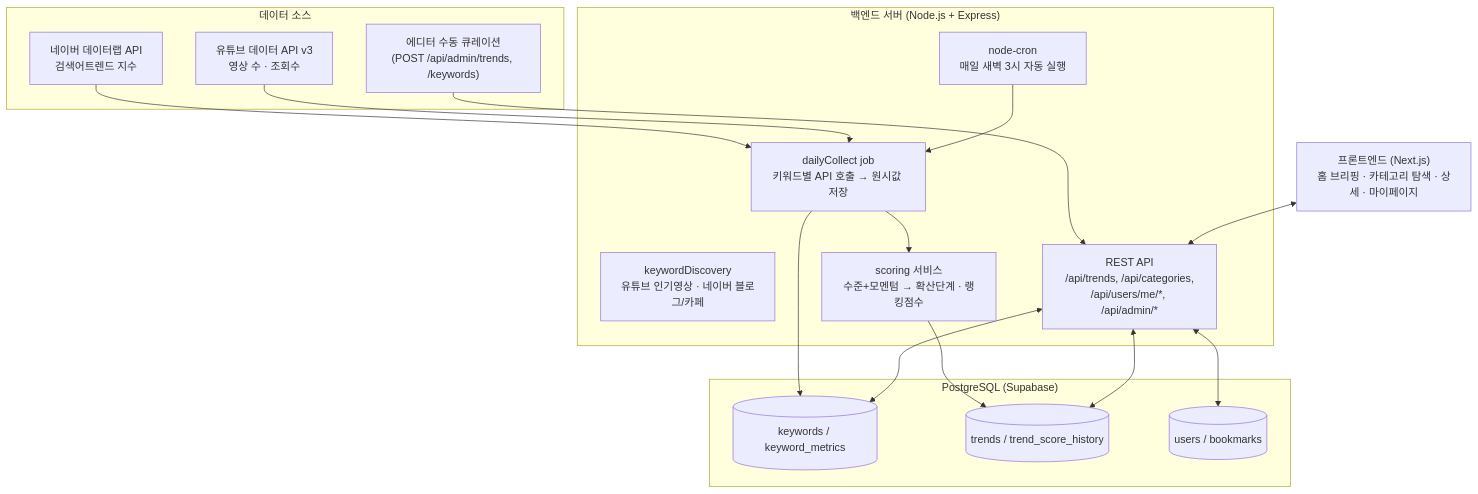
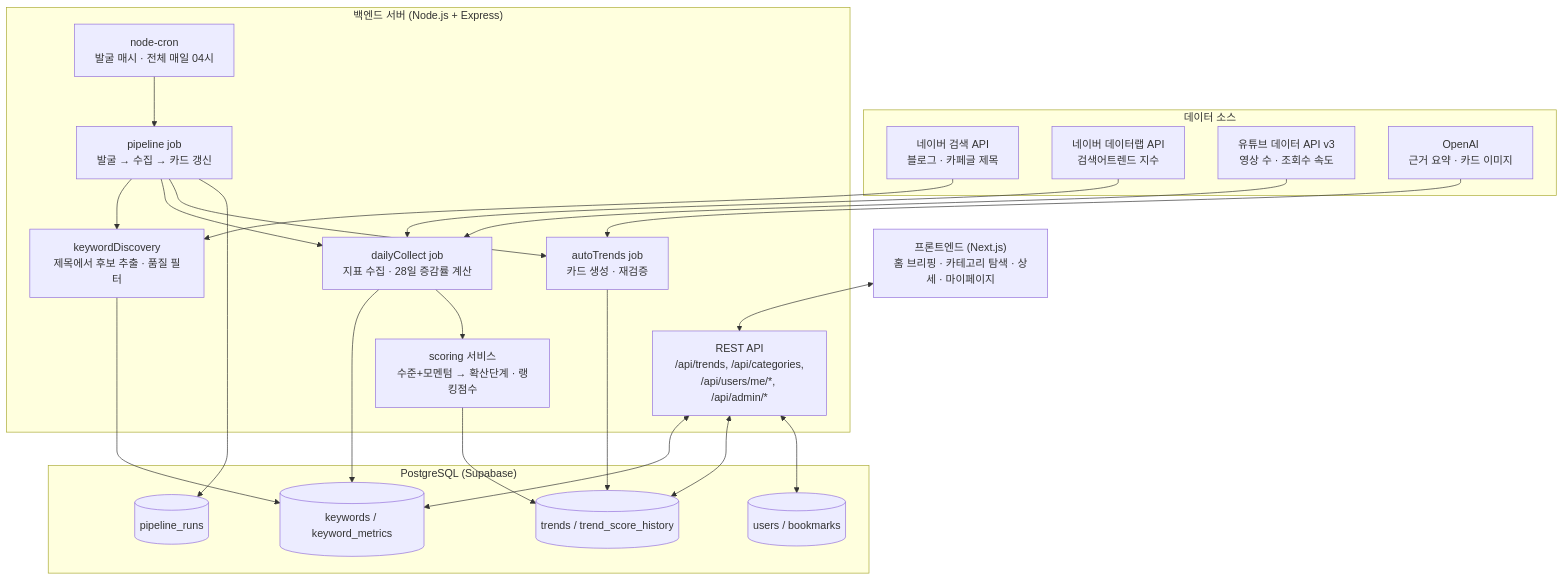
One commit to madcamp-official/zuki changed the first of 2 diagrams in README.md. Above: the diagram before and after it, drawn with Mermaid. The commit also changed other lines of this file, not shown here.

````diff
--- a/README.md
+++ b/README.md
@@ -94,36 +97,47 @@
 ```mermaid
 graph TB
     subgraph Sources["데이터 소스"]
+        NaverSearch["네이버 검색 API<br/>블로그 · 카페글 제목"]
         Naver["네이버 데이터랩 API<br/>검색어트렌드 지수"]
-        Youtube["유튜브 데이터 API v3<br/>영상 수 · 조회수"]
-        Editor["에디터 수동 큐레이션<br/>(POST /api/admin/trends, /keywords)"]
+        Youtube["유튜브 데이터 API v3<br/>영상 수 · 조회수 속도"]
+        OpenAI["OpenAI<br/>근거 요약 · 카드 이미지"]
     end
 
     subgraph Server["백엔드 서버 (Node.js + Express)"]
-        Cron["node-cron<br/>매일 새벽 3시 자동 실행"]
-        Collect["dailyCollect job<br/>키워드별 API 호출 → 원시값 저장"]
-        Discover["keywordDiscovery<br/>유튜브 인기영상 · 네이버 블로그/카페"]
+        Cron["node-cron<br/>발굴 매시 · 전체 매일 04시"]
+        Pipeline["pipeline job<br/>발굴 → 수집 → 카드 갱신"]
+        Discover["keywordDiscovery<br/>제목에서 후보 추출 · 품질 필터"]
+        Collect["dailyCollect job<br/>지표 수집 · 28일 증감률 계산"]
+        Auto["autoTrends job<br/>카드 생성 · 재검증"]
         Scoring["scoring 서비스<br/>수준+모멘텀 → 확산단계 · 랭킹점수"]
         API["REST API<br/>/api/trends, /api/categories,<br/>/api/users/me/*, /api/admin/*"]
     end
 
     subgraph DB["PostgreSQL (Supabase)"]
         Keywords[("keywords / keyword_metrics")]
         Trends[("trends / trend_score_history")]
+        Runs[("pipeline_runs")]
         Users[("users / bookmarks")]
     end
 
     Frontend["프론트엔드 (Next.js)<br/>홈 브리핑 · 카테고리 탐색 · 상세 · 마이페이지"]
 
+    Cron --> Pipeline
+    Pipeline --> Discover
+    Pipeline --> Collect
+    Pipeline --> Auto
+    Pipeline --> Runs
+    NaverSearch --> Discover
     Naver --> Collect
     Youtube --> Collect
-    Editor --> API
-    Cron --> Collect
+    OpenAI --> Auto
+    Discover --> Keywords
     Collect --> Keywords
     Collect --> Scoring
     Scoring --> Trends
+    Auto --> Trends
     API <--> Keywords
     API <--> Trends
     API <--> Users
     Frontend <--> API
 ```
````
